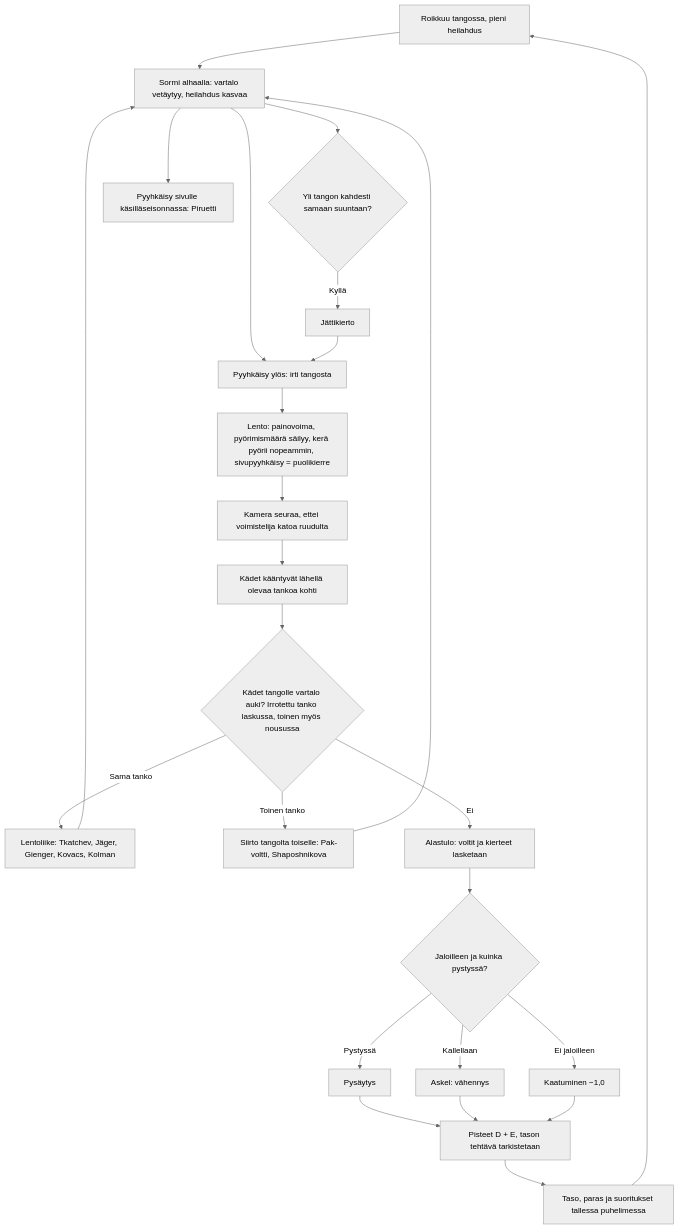
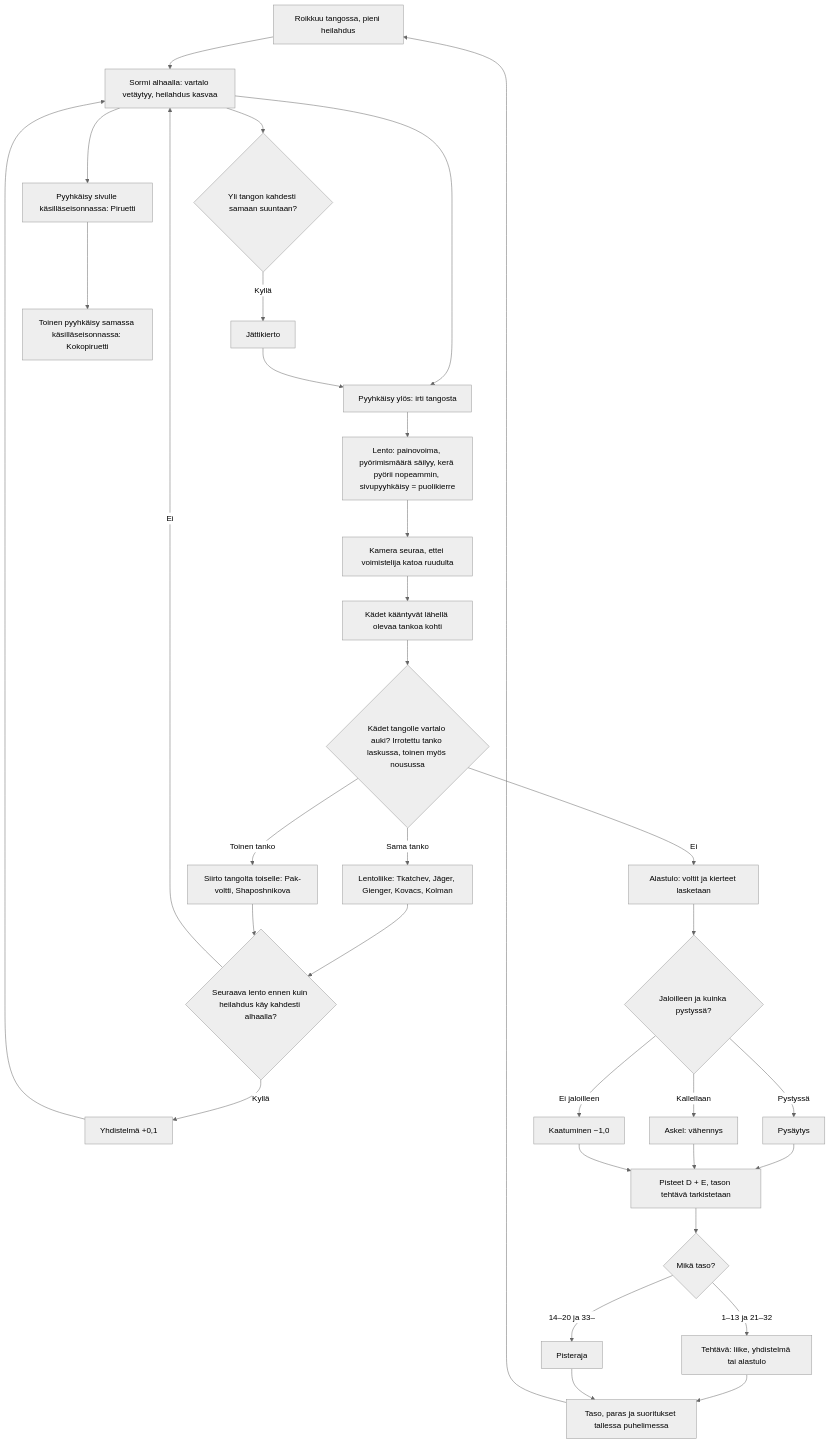
Before and after one commit to eerovil/ai-pelit: the diagram in docs/diagrams/voimistelu.md, drawn with Mermaid (neutral theme). The commit also changed other lines of this file and 3 other files, not shown here.

````diff
--- a/docs/diagrams/voimistelu.md
+++ b/docs/diagrams/voimistelu.md
@@ -10,32 +10,40 @@
 ```mermaid
 flowchart TD
   A[Roikkuu tangossa, pieni heilahdus] --> B[Sormi alhaalla: vartalo vetäytyy, heilahdus kasvaa]
   B --> C{Yli tangon kahdesti samaan suuntaan?}
   C -- Kyllä --> D[Jättikierto]
   B --> P[Pyyhkäisy sivulle käsilläseisonnassa: Piruetti]
+  P --> P2[Toinen pyyhkäisy samassa käsilläseisonnassa: Kokopiruetti]
   B --> E[Pyyhkäisy ylös: irti tangosta]
   D --> E
   E --> F[Lento: painovoima, pyörimismäärä säilyy, kerä pyörii nopeammin, sivupyyhkäisy = puolikierre]
   F --> R[Kamera seuraa, ettei voimistelija katoa ruudulta]
   R --> T[Kädet kääntyvät lähellä olevaa tankoa kohti]
   T --> G{Kädet tangolle vartalo auki? Irrotettu tanko laskussa, toinen myös nousussa}
   G -- Sama tanko --> H[Lentoliike: Tkatchev, Jäger, Gienger, Kovacs, Kolman]
   G -- Toinen tanko --> Q[Siirto tangolta toiselle: Pak-voltti, Shaposhnikova]
-  H --> B
-  Q --> B
+  H --> Y{Seuraava lento ennen kuin heilahdus käy kahdesti alhaalla?}
+  Q --> Y
+  Y -- Kyllä --> Z[Yhdistelmä +0,1]
+  Z --> B
+  Y -- Ei --> B
   G -- Ei --> I[Alastulo: voltit ja kierteet lasketaan]
   I --> J{Jaloilleen ja kuinka pystyssä?}
   J -- Pystyssä --> K[Pysäytys]
   J -- Kallellaan --> L[Askel: vähennys]
   J -- Ei jaloilleen --> M[Kaatuminen −1,0]
   K --> N[Pisteet D + E, tason tehtävä tarkistetaan]
   L --> N
   M --> N
-  N --> O[Taso, paras ja suoritukset tallessa puhelimessa]
+  N --> V{Mikä taso?}
+  V -- 1–13 ja 21–32 --> W[Tehtävä: liike, yhdistelmä tai alastulo]
+  V -- 14–20 ja 33– --> X[Pisteraja]
+  W --> O[Taso, paras ja suoritukset tallessa puhelimessa]
+  X --> O
   O --> A
   class A,B,E,P blue
-  class C,G,J amber
+  class C,G,J,Y,V amber
   class F,R,T teal
-  class D,H,I,K,N,O,Q green
+  class D,H,I,K,N,O,Q,P2,Z,W,X green
   class L,M rose
 ```
````
